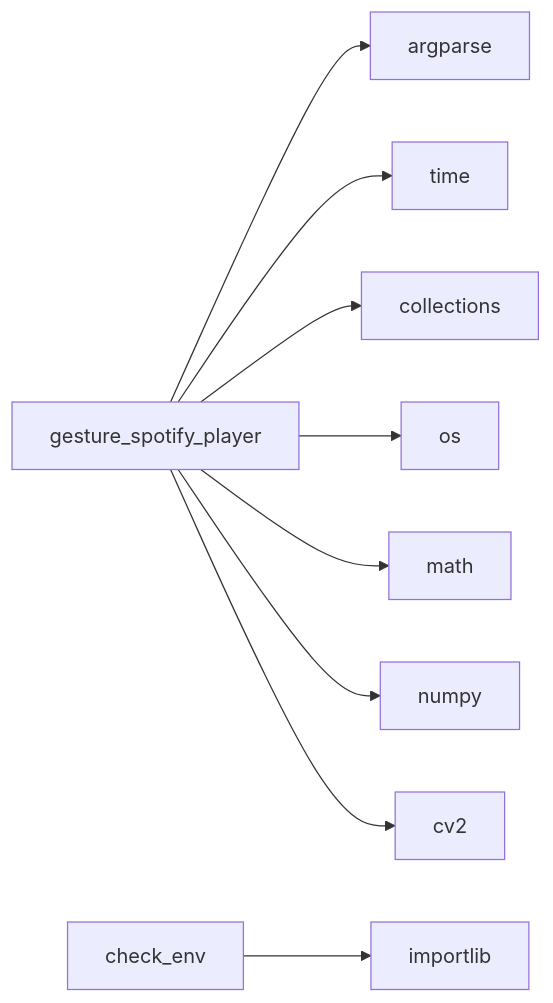
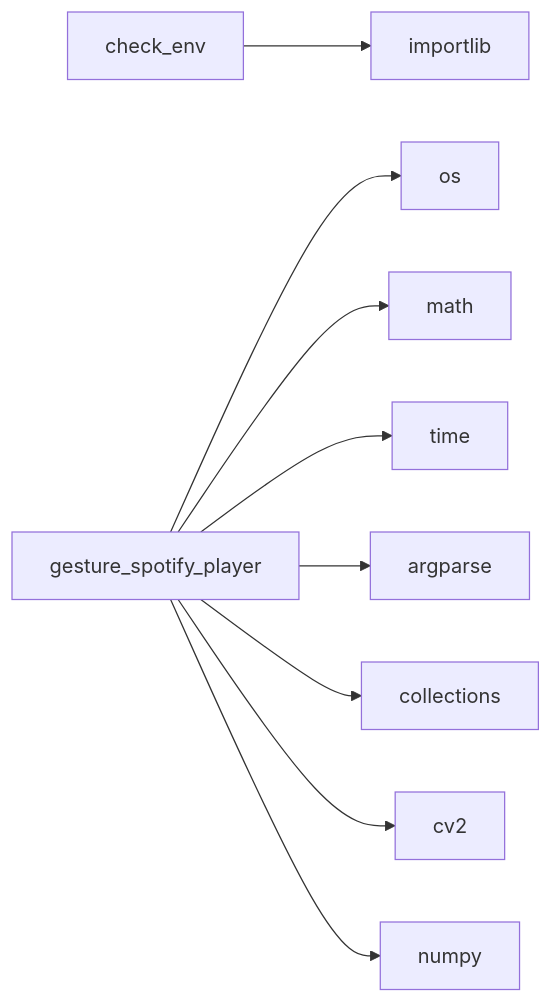
The second of 2 diagrams in README.md (NITISH-R-G/PalmPlay1), drawn with Mermaid before and after one commit. The commit also changed other lines of this file and 3 other files, not shown here.

Commit message:
docs: update repository documentation and diagrams [skip ci]

````diff
--- a/README.md
+++ b/README.md
@@ -60,15 +60,15 @@
 ```mermaid
 graph LR
+    check_env[check_env]
+    check_env --> importlib[importlib]
     gesture_spotify_player[gesture_spotify_player]
-    gesture_spotify_player --> argparse[argparse]
-    gesture_spotify_player --> time[time]
-    gesture_spotify_player --> collections[collections]
     gesture_spotify_player --> os[os]
     gesture_spotify_player --> math[math]
+    gesture_spotify_player --> time[time]
+    gesture_spotify_player --> argparse[argparse]
+    gesture_spotify_player --> collections[collections]
+    gesture_spotify_player --> cv2[cv2]
     gesture_spotify_player --> numpy[numpy]
-    gesture_spotify_player --> cv2[cv2]
-    check_env[check_env]
-    check_env --> importlib[importlib]
+    click check_env href "https://github.com/NITISH-R-G/PalmPlay1/blob/main/check_env.py" "View source code"
     click gesture_spotify_player href "https://github.com/NITISH-R-G/PalmPlay1/blob/main/gesture_spotify_player.py" "View source code"
-    click check_env href "https://github.com/NITISH-R-G/PalmPlay1/blob/main/check_env.py" "View source code"
 ```
````
